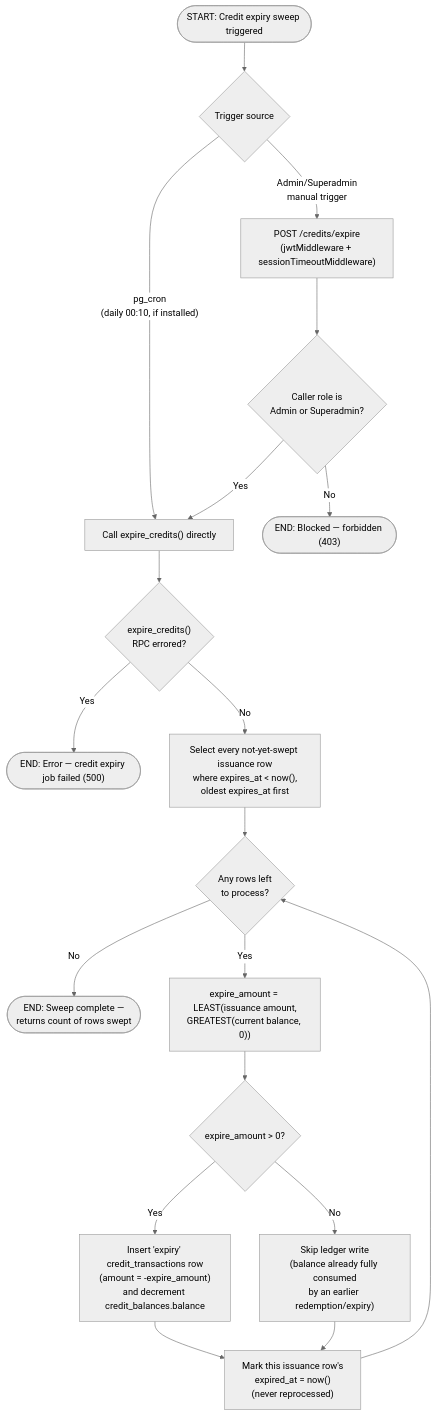
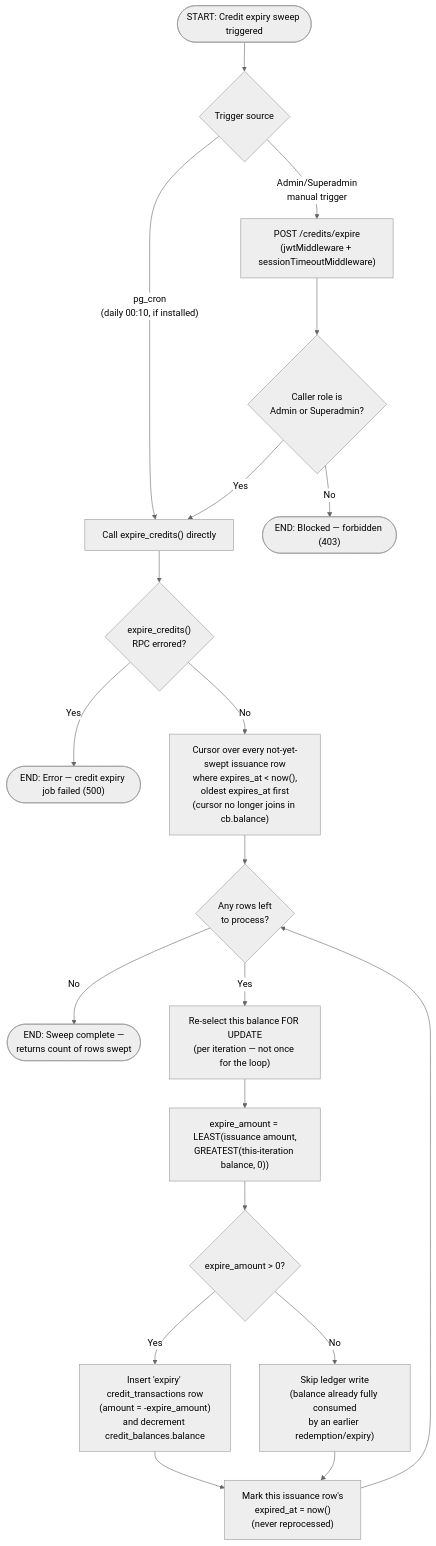
Before and after one commit to the-golden-fur/golden-fur-vault: the diagram in Library/golden-fur/features/credits/workflows/M10-02-credit-expiry-sweep.md, drawn with Mermaid (neutral theme). The commit also changed other lines of this file and 17 other files, not shown here.

````diff
--- a/Library/golden-fur/features/credits/workflows/M10-02-credit-expiry-sweep.md
+++ b/Library/golden-fur/features/credits/workflows/M10-02-credit-expiry-sweep.md
@@ -24,21 +26,22 @@
 ```mermaid
 flowchart TD
     A(["START: Credit expiry sweep triggered"]) --> B{"Trigger source"}
     B -- "pg_cron\n(daily 00:10, if installed)" --> F["Call expire_credits() directly"]
     B -- "Admin/Superadmin\nmanual trigger" --> C["POST /credits/expire\n(jwtMiddleware + sessionTimeoutMiddleware)"]
     C --> D{"Caller role is\nAdmin or Superadmin?"}
     D -- "No" --> E(["END: Blocked — forbidden (403)"])
     D -- "Yes" --> F
     F --> G{"expire_credits()\nRPC errored?"}
     G -- "Yes" --> H(["END: Error — credit expiry job failed (500)"])
-    G -- "No" --> I["Select every not-yet-swept issuance row\nwhere expires_at < now(),\noldest expires_at first"]
+    G -- "No" --> I["Cursor over every not-yet-swept issuance row\nwhere expires_at < now(),\noldest expires_at first\n(cursor no longer joins in cb.balance)"]
     I --> J{"Any rows left\nto process?"}
     J -- "No" --> K(["END: Sweep complete —\nreturns count of rows swept"])
-    J -- "Yes" --> L["expire_amount = LEAST(issuance amount,\nGREATEST(current balance, 0))"]
+    J -- "Yes" --> R["Re-select this balance FOR UPDATE\n(per iteration — not once for the loop)"]
+    R --> L["expire_amount = LEAST(issuance amount,\nGREATEST(this-iteration balance, 0))"]
     L --> M{"expire_amount > 0?"}
     M -- "Yes" --> N["Insert 'expiry' credit_transactions row\n(amount = -expire_amount)\nand decrement credit_balances.balance"]
     M -- "No" --> O["Skip ledger write\n(balance already fully consumed\nby an earlier redemption/expiry)"]
     N --> P["Mark this issuance row's\nexpired_at = now()\n(never reprocessed)"]
     O --> P
     P --> J
 ```
````
